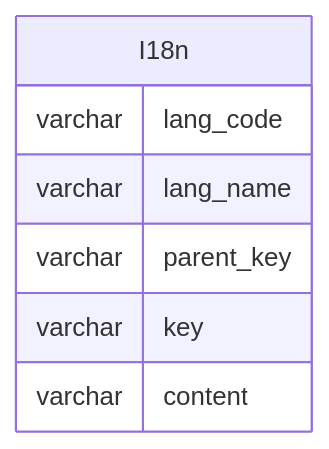
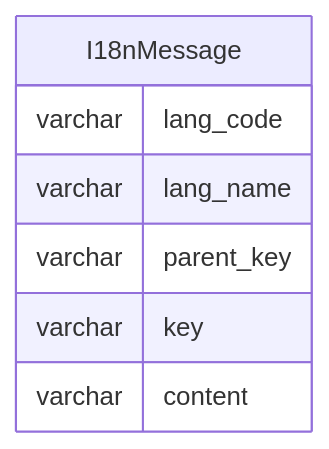
One commit to mrzhqiang/rowing changed the diagram in docs/1.develop/1.i18n.md. Above: the diagram before and after it, drawn with Mermaid.

Commit message:
[doc] 修改国际化消息文档中的表名称

````diff
--- a/docs/1.develop/1.i18n.md
+++ b/docs/1.develop/1.i18n.md
@@ -70,10 +70,10 @@
 ```mermaid
 erDiagram
-I18n {
+I18nMessage {
   varchar lang_code
   varchar lang_name
   varchar parent_key
   varchar key
   varchar content
 }
 ```
````
